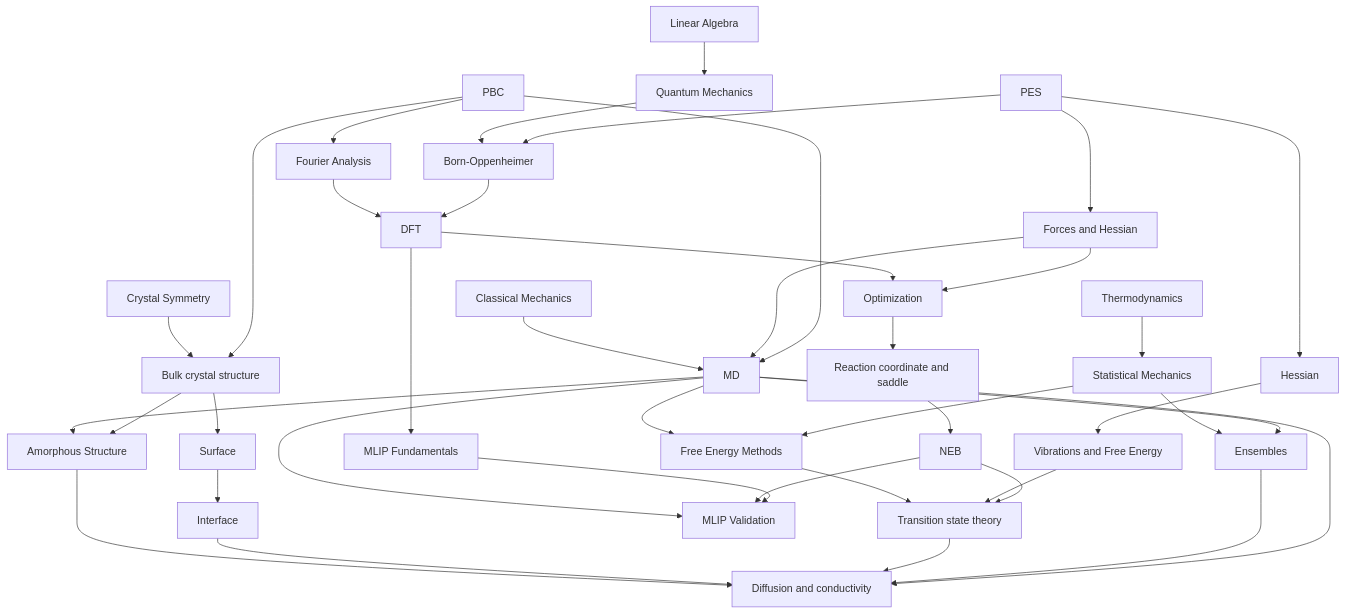
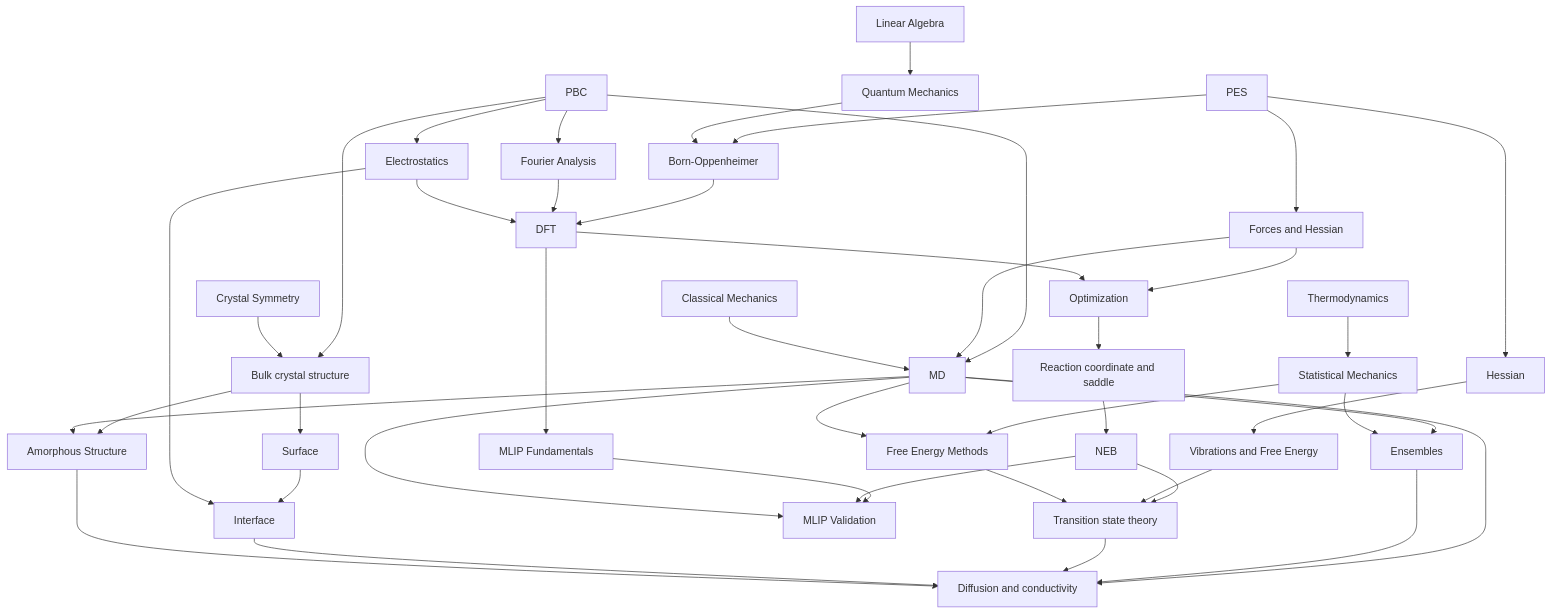
The diagram in research/computational-materials/README.md (Long-Brian-Yang/blog), drawn with Mermaid before and after one commit. The commit also changed other lines of this file, not shown here.

Commit message:
docs: integrate electrostatics and seven advanced theory extensions

````diff
--- a/research/computational-materials/README.md
+++ b/research/computational-materials/README.md
@@ -39,42 +58,45 @@
 ```mermaid
 flowchart TD
     PES[PES] --> F[Forces and Hessian]
     PES --> BO[Born-Oppenheimer]
     PBC[PBC] --> BULK[Bulk crystal structure]
     BO --> DFT[DFT]
     F --> OPT[Optimization]
     DFT --> OPT
     OPT --> RC[Reaction coordinate and saddle]
     RC --> NEB[NEB]
     NEB --> TST[Transition state theory]
     PBC --> MD[MD]
     F --> MD
     MD --> ENS[Ensembles]
     MD --> DIFF[Diffusion and conductivity]
     ENS --> DIFF
     TST --> DIFF
     BULK --> SURF[Surface]
     SURF --> INT[Interface]
     INT --> DIFF
     FORCE2[Hessian] --> VIB[Vibrations and Free Energy]
     PES --> FORCE2
     VIB --> TST
     DFT --> MLIP[MLIP Fundamentals]
     MLIP --> VALID[MLIP Validation]
     NEB --> VALID
     MD --> VALID
     BULK --> AMORPH[Amorphous Structure]
     MD --> AMORPH
     AMORPH --> DIFF
     LA[Linear Algebra] --> QM[Quantum Mechanics]
     QM --> BO
     SYM[Crystal Symmetry] --> BULK
     FT[Fourier Analysis] --> DFT
     PBC --> FT
+    PBC --> EL[Electrostatics]
+    EL --> DFT
+    EL --> INT
     CM[Classical Mechanics] --> MD
     TH[Thermodynamics] --> SM[Statistical Mechanics]
     SM --> ENS
     SM --> FE[Free Energy Methods]
     MD --> FE
     FE --> TST
 ```
````
